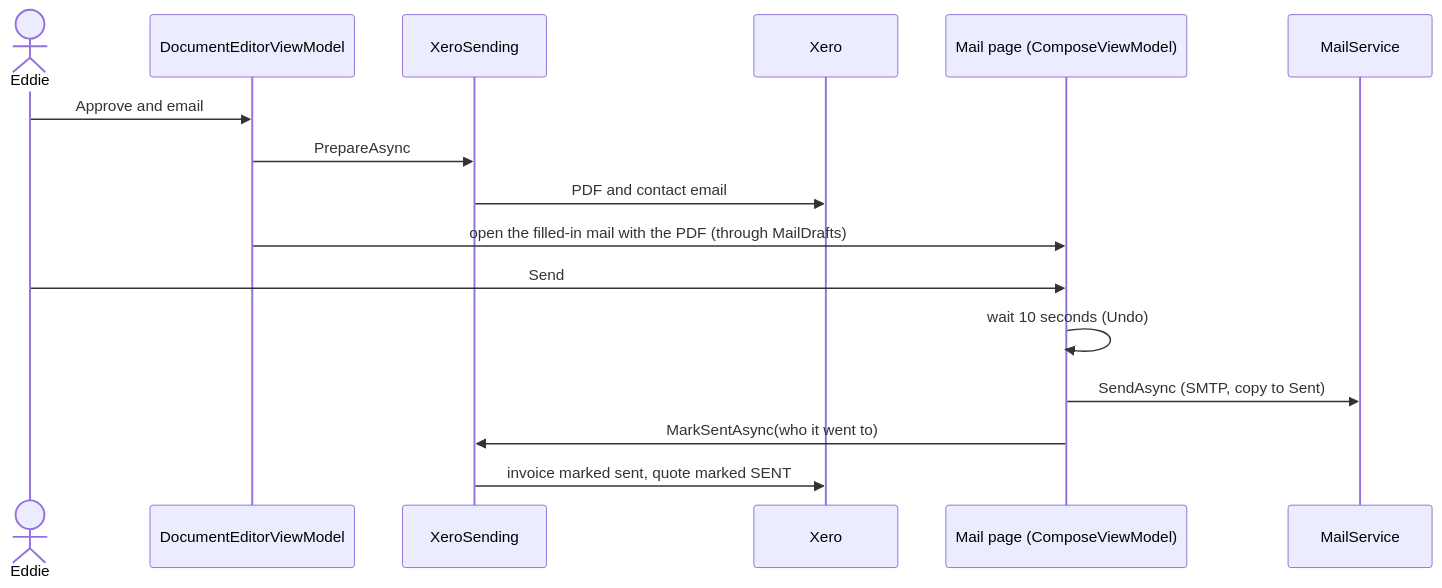
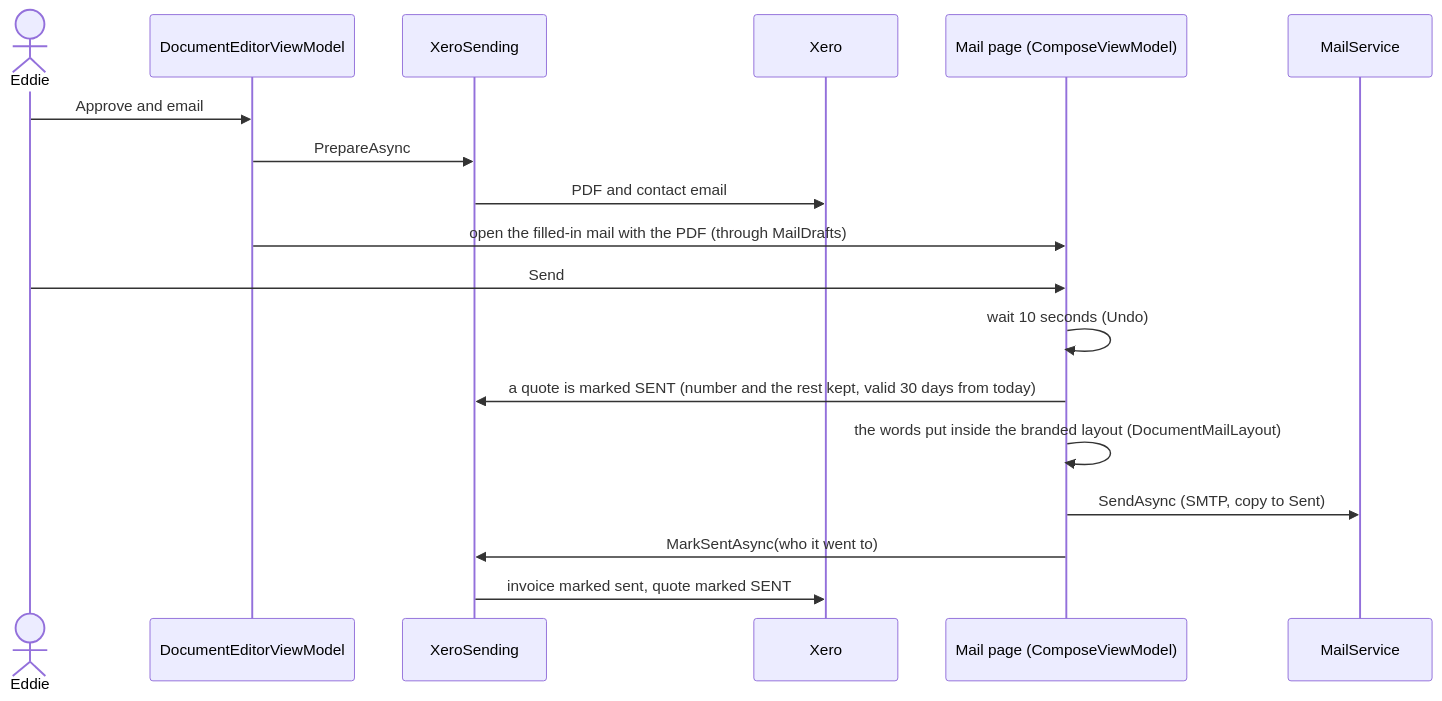
The seventh of 9 diagrams in docs/architecture.md (EdWebIgnite/Webignite-Desktop), drawn with Mermaid before and after one commit. The commit also changed other lines of this file and 16 other files, not shown here.

First line of the commit message:
Quote and invoice mails in a branded layout, like QuickBooks'

````diff
--- a/docs/architecture.md
+++ b/docs/architecture.md
@@ -272,19 +272,21 @@
 ```mermaid
 sequenceDiagram
     actor Eddie
     participant Editor as DocumentEditorViewModel
     participant Sending as XeroSending
     participant Xero
     participant Mail as Mail page (ComposeViewModel)
     participant Service as MailService
 
     Eddie->>Editor: Approve and email
     Editor->>Sending: PrepareAsync
     Sending->>Xero: PDF and contact email
     Editor->>Mail: open the filled-in mail with the PDF (through MailDrafts)
     Eddie->>Mail: Send
     Mail->>Mail: wait 10 seconds (Undo)
+    Mail->>Sending: a quote is marked SENT (number and the rest kept, valid 30 days from today)
+    Mail->>Mail: the words put inside the branded layout (DocumentMailLayout)
     Mail->>Service: SendAsync (SMTP, copy to Sent)
     Mail->>Sending: MarkSentAsync(who it went to)
     Sending->>Xero: invoice marked sent, quote marked SENT
 ```
````
